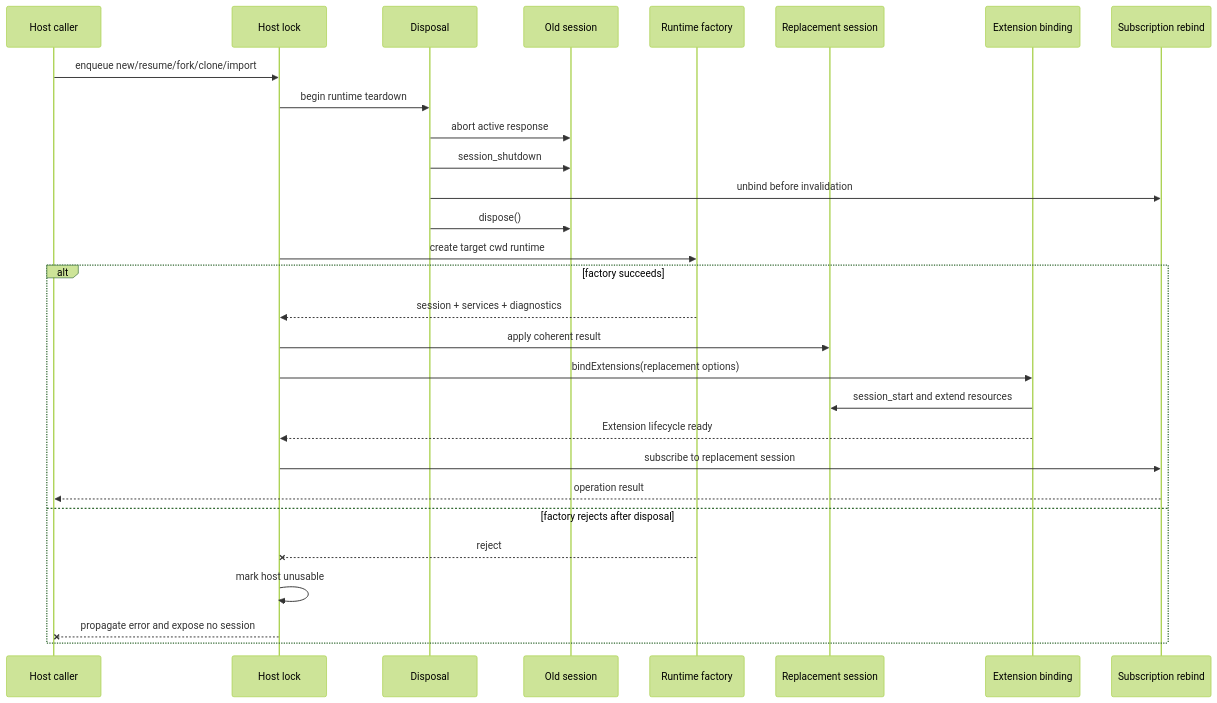
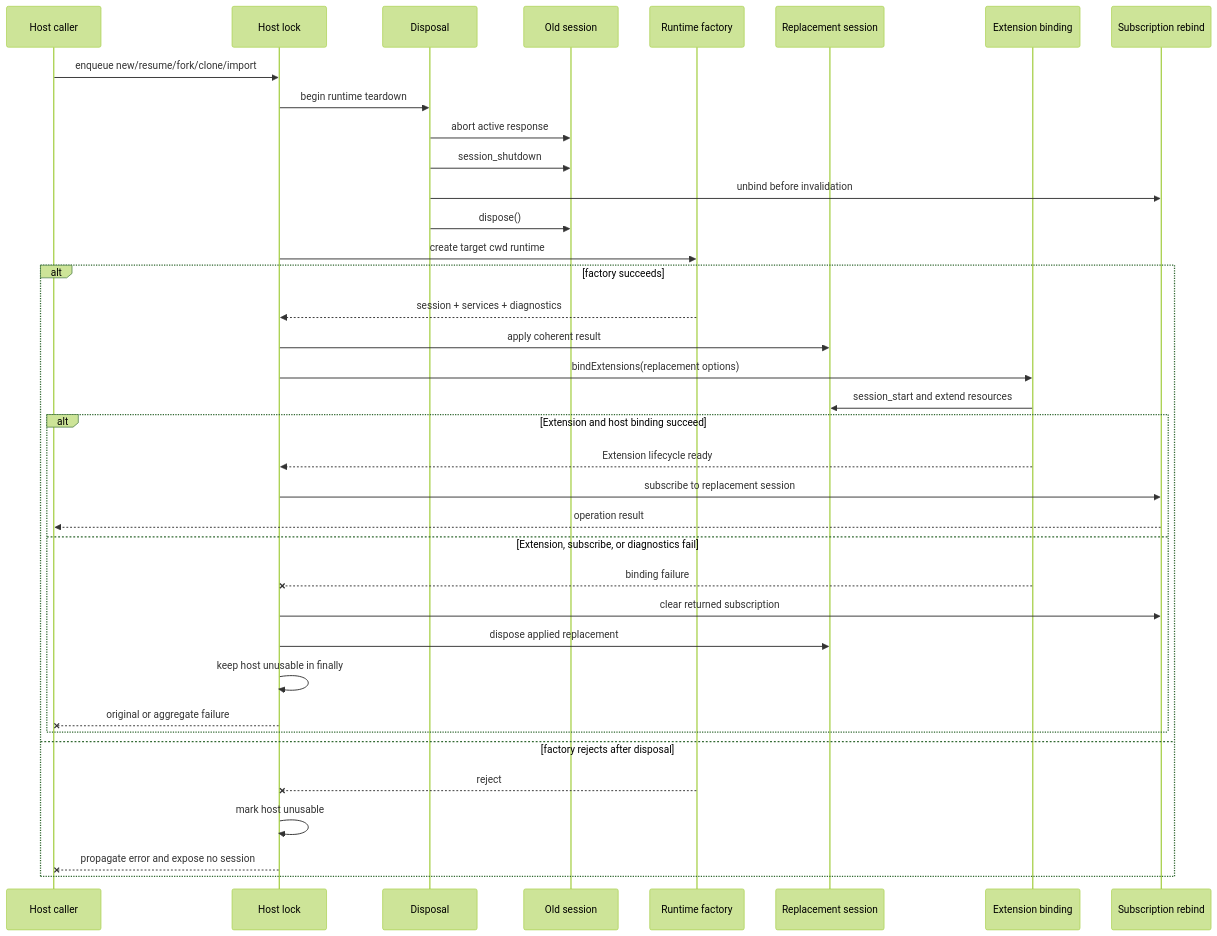
Before and after one commit to pifydev/docs: the diagram in content/en/how-to/host-session-runtime.md, drawn with Mermaid (forest theme). The commit also changed other lines of this file and 3 other files, not shown here.

Commit message:
docs: fail closed on runtime binding errors

````diff
--- a/content/en/how-to/host-session-runtime.md
+++ b/content/en/how-to/host-session-runtime.md
@@ -291,31 +343,39 @@
 ```mermaid
 sequenceDiagram
     participant Caller as Host caller
     participant Lock as Host lock
     participant Dispose as Disposal
     participant Old as Old session
     participant Factory as Runtime factory
     participant Next as Replacement session
     participant Extensions as Extension binding
     participant Rebind as Subscription rebind
     Caller->>Lock: enqueue new/resume/fork/clone/import
     Lock->>Dispose: begin runtime teardown
     Dispose->>Old: abort active response
     Dispose->>Old: session_shutdown
     Dispose->>Rebind: unbind before invalidation
     Dispose->>Old: dispose()
     Lock->>Factory: create target cwd runtime
     alt factory succeeds
         Factory-->>Lock: session + services + diagnostics
         Lock->>Next: apply coherent result
         Lock->>Extensions: bindExtensions(replacement options)
         Extensions->>Next: session_start and extend resources
-        Extensions-->>Lock: Extension lifecycle ready
-        Lock->>Rebind: subscribe to replacement session
-        Rebind-->>Caller: operation result
+        alt Extension and host binding succeed
+            Extensions-->>Lock: Extension lifecycle ready
+            Lock->>Rebind: subscribe to replacement session
+            Rebind-->>Caller: operation result
+        else Extension, subscribe, or diagnostics fail
+            Extensions--xLock: binding failure
+            Lock->>Rebind: clear returned subscription
+            Lock->>Next: dispose applied replacement
+            Lock->>Lock: keep host unusable in finally
+            Lock--xCaller: original or aggregate failure
+        end
     else factory rejects after disposal
         Factory--xLock: reject
         Lock->>Lock: mark host unusable
         Lock--xCaller: propagate error and expose no session
     end
 ```
````
